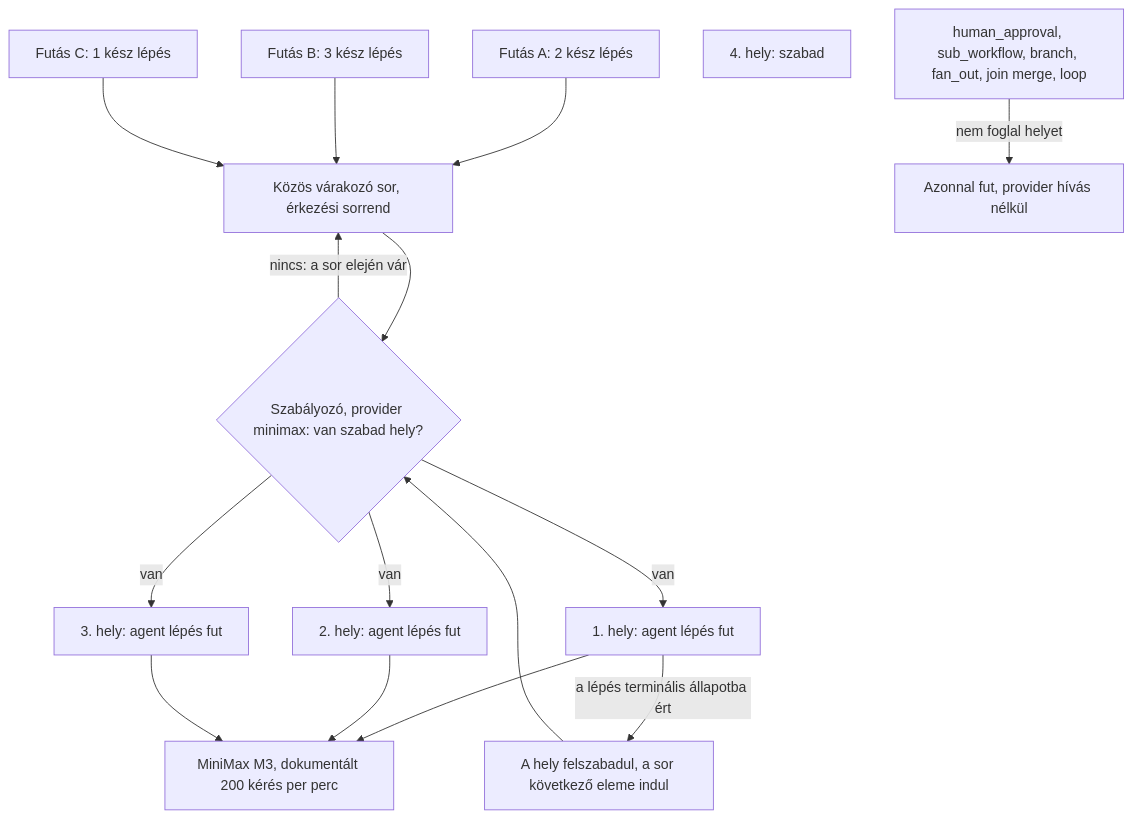
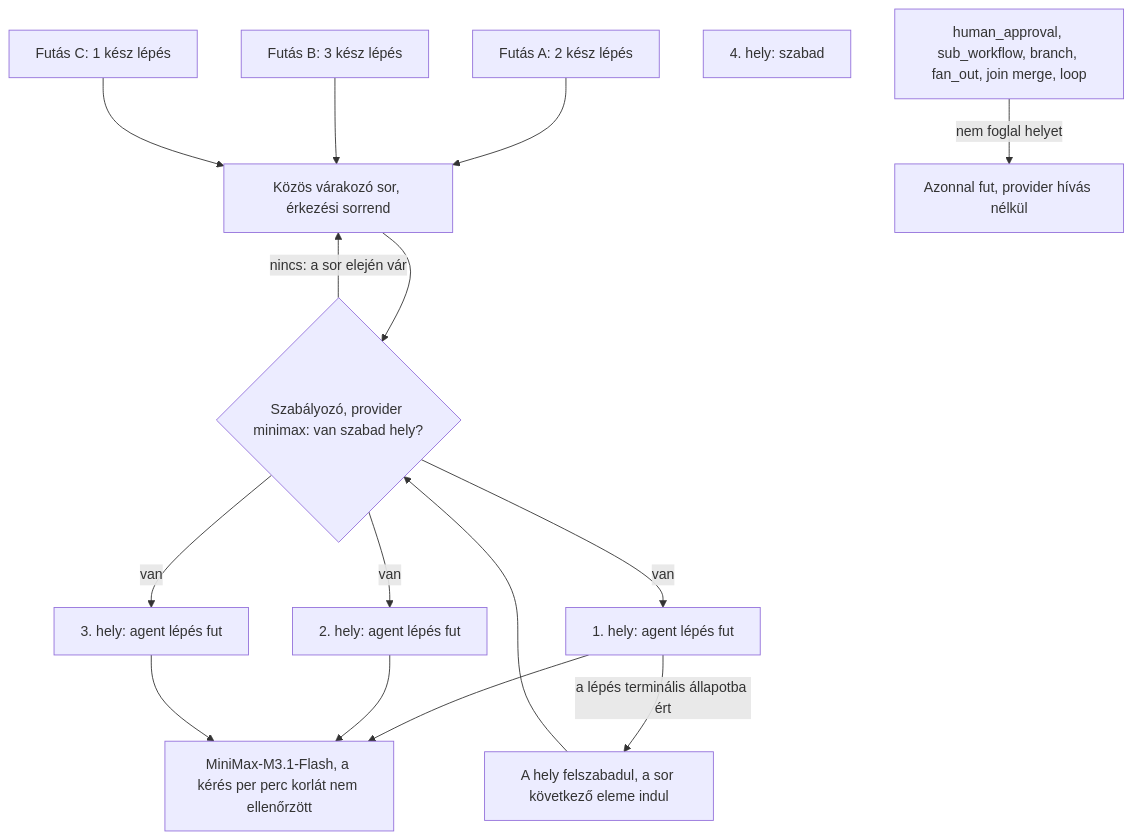
Before and after one commit to EggProject/easter-workflow-builder: the second of 2 diagrams in docs/spec/SPEC-004-vegrehajto-motor.md, drawn with Mermaid. The commit also changed 20 other files, not shown here.

````diff
--- a/docs/spec/SPEC-004-vegrehajto-motor.md
+++ b/docs/spec/SPEC-004-vegrehajto-motor.md
@@ -553,21 +553,21 @@
 ```mermaid
 flowchart TD
     RA["Futás A: 2 kész lépés"] --> QUEUE
     RB["Futás B: 3 kész lépés"] --> QUEUE
     RC["Futás C: 1 kész lépés"] --> QUEUE
     QUEUE["Közös várakozó sor, érkezési sorrend"] --> GATE
     GATE{"Szabályozó, provider minimax: van szabad hely?"}
     GATE -->|"nincs: a sor elején vár"| QUEUE
     GATE -->|"van"| SLOT1["1. hely: agent lépés fut"]
     GATE -->|"van"| SLOT2["2. hely: agent lépés fut"]
     GATE -->|"van"| SLOT3["3. hely: agent lépés fut"]
     SLOT4["4. hely: szabad"]
     SLOT1 --> PROVIDER
     SLOT2 --> PROVIDER
     SLOT3 --> PROVIDER
-    PROVIDER["MiniMax M3, dokumentált 200 kérés per perc"]
+    PROVIDER["MiniMax-M3.1-Flash, a kérés per perc korlát nem ellenőrzött"]
     SLOT1 -->|"a lépés terminális állapotba ért"| RELEASE
     RELEASE["A hely felszabadul, a sor következő eleme indul"] --> GATE
     BYPASS["human_approval, sub_workflow, branch, fan_out, join merge, loop"] -->|"nem foglal helyet"| DIRECT
     DIRECT["Azonnal fut, provider hívás nélkül"]
 ```
````
